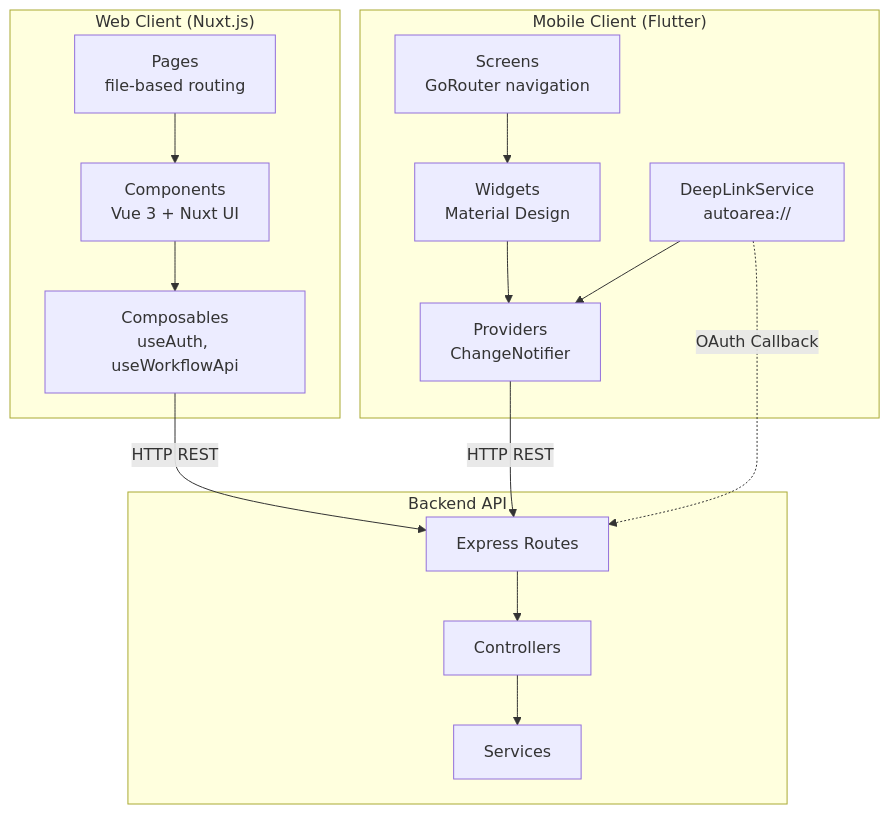
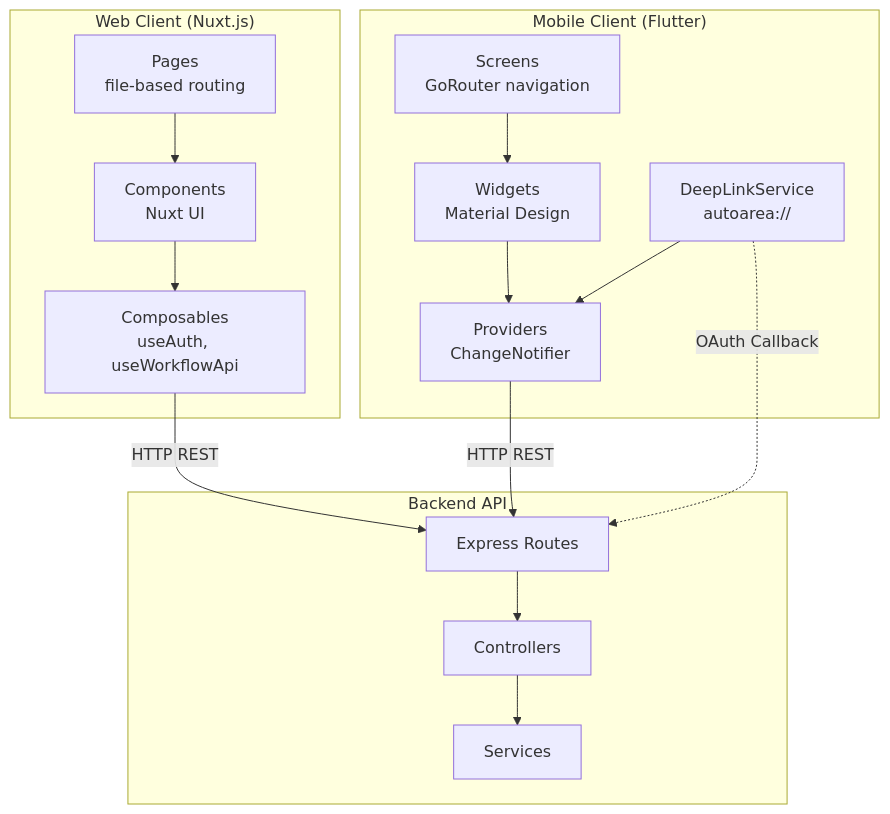
Before and after one commit to 100-6/Area: the fifth of 5 diagrams in README.md, drawn with Mermaid. The commit also changed other lines of this file, not shown here.

Commit message:
feat: Make sure Nuxt is in the README

````diff
--- a/README.md
+++ b/README.md
@@ -864,32 +864,32 @@
 ```mermaid
 graph TB
     subgraph "Web Client (Nuxt.js)"
         Pages[Pages<br/>file-based routing]
-        Components[Components<br/>Vue 3 + Nuxt UI]
+        Components[Components<br/>Nuxt UI]
         Composables[Composables<br/>useAuth, useWorkflowApi]
         Pages --> Components
         Components --> Composables
     end
 
     subgraph "Mobile Client (Flutter)"
         Screens[Screens<br/>GoRouter navigation]
         Widgets[Widgets<br/>Material Design]
         Providers[Providers<br/>ChangeNotifier]
         DeepLink[DeepLinkService<br/>autoarea://]
         Screens --> Widgets
         Widgets --> Providers
         DeepLink --> Providers
     end
 
     subgraph "Backend API"
         Routes[Express Routes]
         Controllers[Controllers]
         Services[Services]
         Routes --> Controllers
         Controllers --> Services
     end
 
     Composables -->|HTTP REST| Routes
     Providers -->|HTTP REST| Routes
     DeepLink -.->|OAuth Callback| Routes
 ```
````
